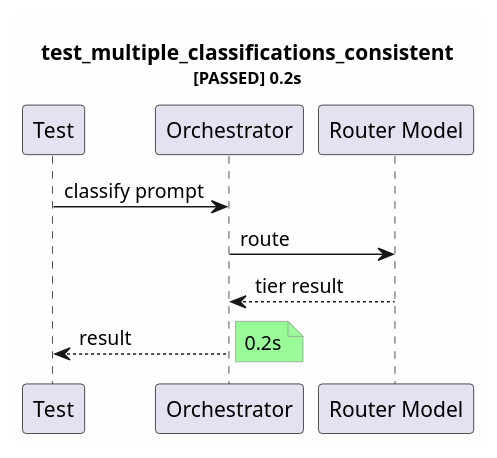
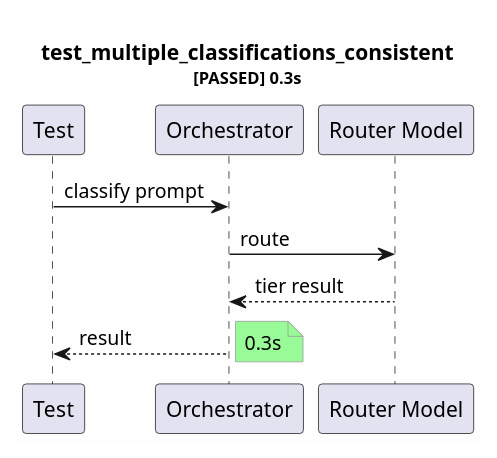
One commit to tvanfossen/entropic changed the diagram in test-reports/test_multiple_classifications_consistent.puml. Above: the diagram before and after it, drawn with PlantUML. The commit also changed 49 other files, not shown here.

```diff
--- a/test-reports/test_multiple_classifications_consistent.puml
+++ b/test-reports/test_multiple_classifications_consistent.puml
@@ -1,17 +1,17 @@
 @startuml
 skinparam backgroundColor #FEFEFE
 skinparam noteBorderColor #999999
 skinparam noteBackgroundColor #FFFFEE
-title test_multiple_classifications_consistent\n<size:11>[PASSED] 0.2s</size>
+title test_multiple_classifications_consistent\n<size:11>[PASSED] 0.3s</size>
 
 participant "Test" as T
 participant "Orchestrator" as Orch
 participant "Router Model" as Rtr
 
 T -> Orch: classify prompt
 Orch -> Rtr: route
 Rtr --> Orch: tier result
 Orch --> T: result
-note right #palegreen: 0.2s
+note right #palegreen: 0.3s
 
 @enduml
```
